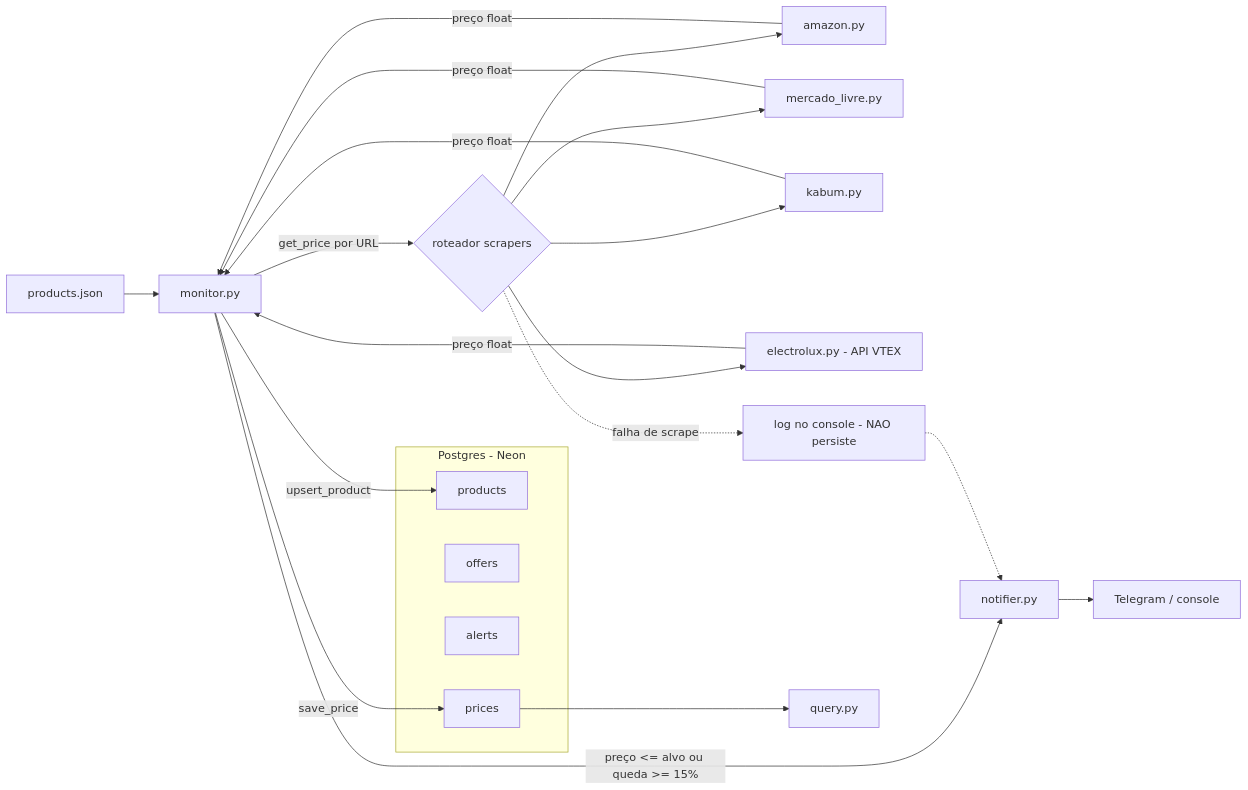
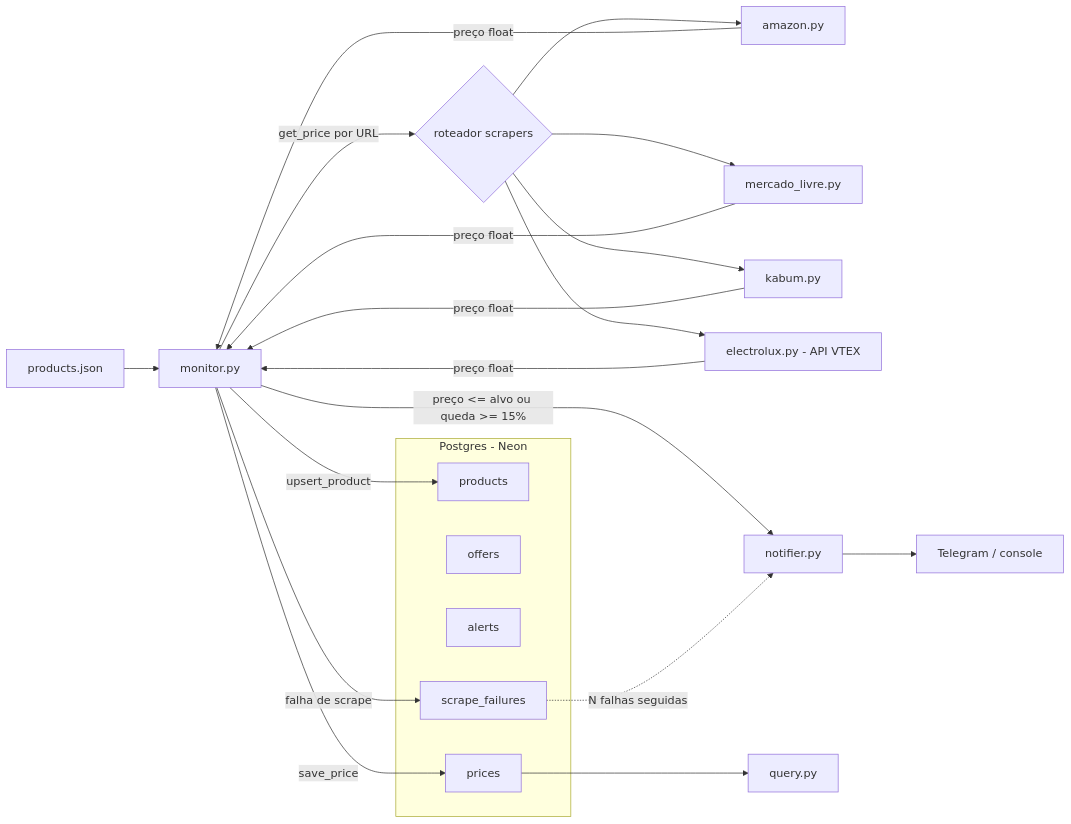
The diagram in README.md (GuiNunesBR/price-agent), drawn with Mermaid before and after one commit. The commit also changed other lines of this file and 5 other files, not shown here.

First line of the commit message:
feat: registra falhas de scrape e alerta so em falhas seguidas

````diff
--- a/README.md
+++ b/README.md
@@ -132,28 +133,29 @@
 ```mermaid
 flowchart LR
     PJ[products.json] --> M[monitor.py]
     M -->|get_price por URL| R{roteador scrapers}
     R --> A[amazon.py]
     R --> ML[mercado_livre.py]
     R --> K[kabum.py]
     R --> E[electrolux.py - API VTEX]
     A & ML & K & E -->|preço float| M
 
     subgraph DB[Postgres - Neon]
         TP[products]
         TO[offers]
         TA[alerts]
         TPR[prices]
+        TF[scrape_failures]
     end
 
     M -->|upsert_product| TP
     M -->|save_price| TPR
 
     M -->|preço <= alvo ou queda >= 15%| N[notifier.py]
     N --> T[Telegram / console]
 
-    R -.->|falha de scrape| LOG[log no console - NAO persiste]
-    LOG -.-> N
+    M -->|falha de scrape| TF
+    TF -.->|N falhas seguidas| N
 
     TPR --> Q[query.py]
 ```
````
